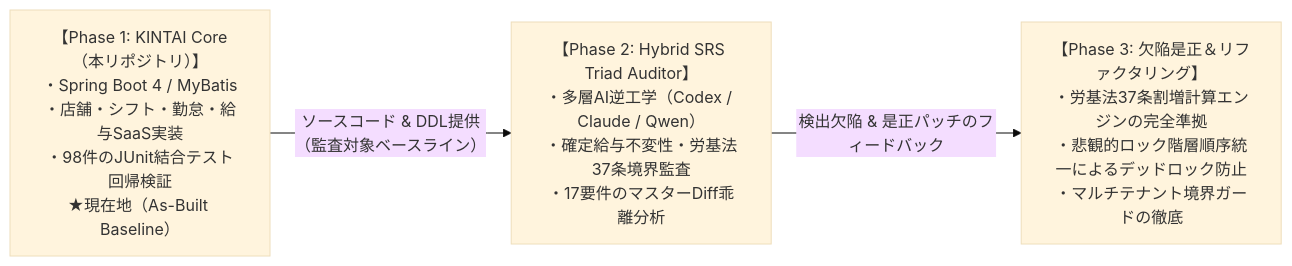
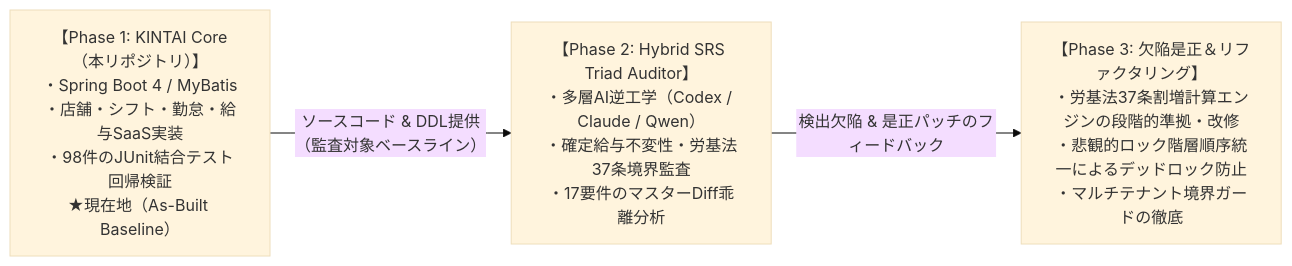
One commit to KBG183/kintai-management changed the first of 2 diagrams in README.md. Above: the diagram before and after it, drawn with Mermaid (base theme). The commit also changed other lines of this file and 4 other files, not shown here.

````diff
--- a/README.md
+++ b/README.md
@@ -14,6 +14,6 @@
 ```mermaid
 flowchart LR
     P1["【Phase 1: KINTAI Core（本リポジトリ）】<br/>・Spring Boot 4 / MyBatis<br/>・店舗・シフト・勤怠・給与SaaS実装<br/>・98件のJUnit結合テスト回帰検証<br/>★現在地（As-Built Baseline）"]
     -->|"ソースコード & DDL提供<br/>（監査対象ベースライン）"| P2["【Phase 2: Hybrid SRS Triad Auditor】<br/>・多層AI逆工学（Codex / Claude / Qwen）<br/>・確定給与不変性・労基法37条境界監査<br/>・17要件のマスターDiff乖離分析"]
-    -->|"検出欠陥 & 是正パッチのフィードバック"| P3["【Phase 3: 欠陥是正＆リファクタリング】<br/>・労基法37条割増計算エンジンの完全準拠<br/>・悲観的ロック階層順序統一によるデッドロック防止<br/>・マルチテナント境界ガードの徹底"]
+    -->|"検出欠陥 & 是正パッチのフィードバック"| P3["【Phase 3: 欠陥是正＆リファクタリング】<br/>・労基法37条割増計算エンジンの段階的準拠・改修<br/>・悲観的ロック階層順序統一によるデッドロック防止<br/>・マルチテナント境界ガードの徹底"]
 ```
````
